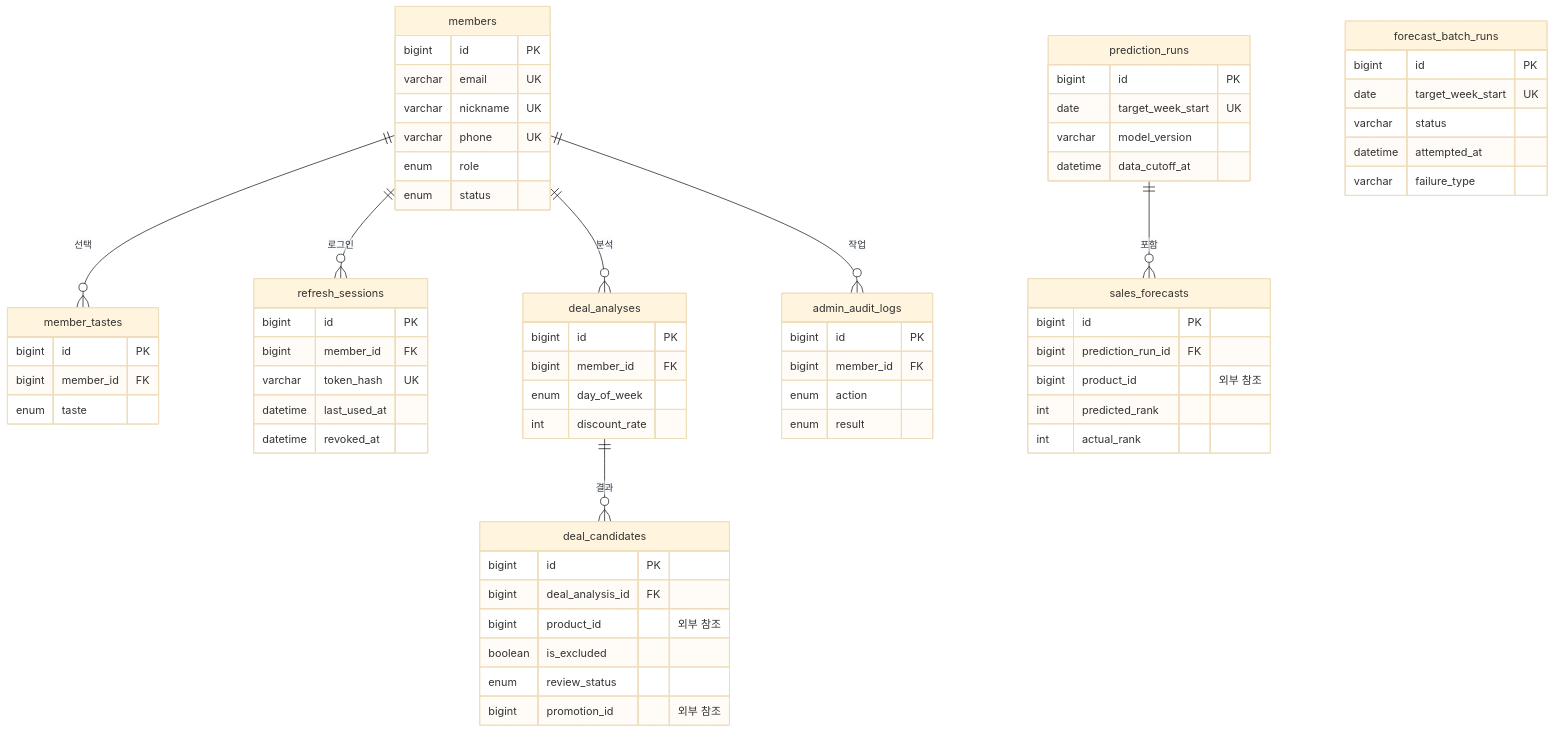
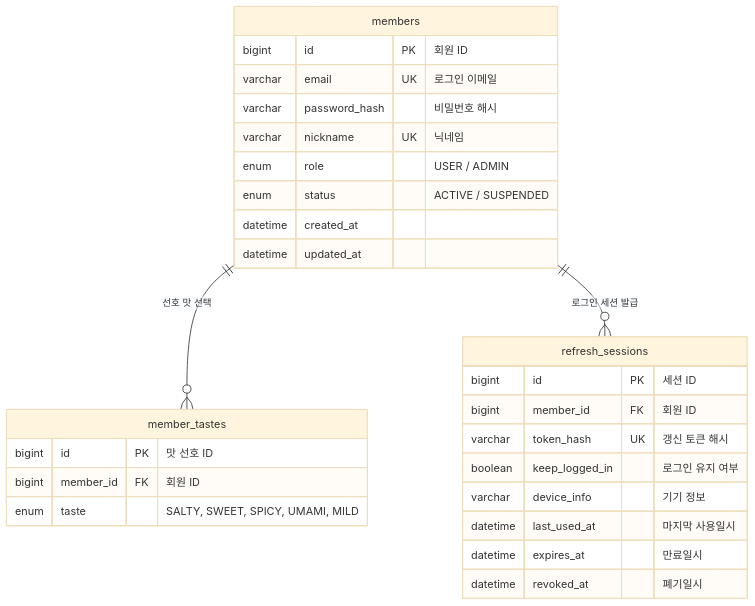
Before and after one commit to sparta-final-4/take-care-of-my-fridge: the second of 10 diagrams in docs/database/erd.md, drawn with Mermaid (base theme). The commit also changed other lines of this file and 24 other files, not shown here.

````diff
--- a/docs/database/erd.md
+++ b/docs/database/erd.md
@@ -9,70 +66,33 @@
 ```mermaid
 erDiagram
-    members ||--o{ member_tastes : "선택"
-    members ||--o{ refresh_sessions : "로그인"
-    members ||--o{ deal_analyses : "분석"
-    members ||--o{ admin_audit_logs : "작업"
-    prediction_runs ||--o{ sales_forecasts : "포함"
-    deal_analyses ||--o{ deal_candidates : "결과"
+    members ||--o{ member_tastes : "선호 맛 선택"
+    members ||--o{ refresh_sessions : "로그인 세션 발급"
 
     members {
-        bigint id PK
-        varchar email UK
-        varchar nickname UK
-        varchar phone UK
-        enum role
-        enum status
+        bigint id PK "회원 ID"
+        varchar email UK "로그인 이메일"
+        varchar password_hash "비밀번호 해시"
+        varchar nickname UK "닉네임"
+        enum role "USER / ADMIN"
+        enum status "ACTIVE / SUSPENDED"
+        datetime created_at
+        datetime updated_at
     }
+
     member_tastes {
-        bigint id PK
-        bigint member_id FK
-        enum taste
+        bigint id PK "맛 선호 ID"
+        bigint member_id FK "회원 ID"
+        enum taste "SALTY, SWEET, SPICY, UMAMI, MILD"
     }
+
     refresh_sessions {
-        bigint id PK
-        bigint member_id FK
-        varchar token_hash UK
-        datetime last_used_at
-        datetime revoked_at
-    }
-    prediction_runs {
-        bigint id PK
-        date target_week_start UK
-        varchar model_version
-        datetime data_cutoff_at
-    }
-    forecast_batch_runs {
-        bigint id PK
-        date target_week_start UK
-        varchar status
-        datetime attempted_at
-        varchar failure_type
-    }
-    sales_forecasts {
-        bigint id PK
-        bigint prediction_run_id FK
-        bigint product_id "외부 참조"
-        int predicted_rank
-        int actual_rank
-    }
-    deal_analyses {
-        bigint id PK
-        bigint member_id FK
-        enum day_of_week
-        int discount_rate
-    }
-    deal_candidates {
-        bigint id PK
-        bigint deal_analysis_id FK
-        bigint product_id "외부 참조"
-        boolean is_excluded
-        enum review_status
-        bigint promotion_id "외부 참조"
-    }
-    admin_audit_logs {
-        bigint id PK
-        bigint member_id FK
-        enum action
-        enum result
+        bigint id PK "세션 ID"
+        bigint member_id FK "회원 ID"
+        varchar token_hash UK "갱신 토큰 해시"
+        boolean keep_logged_in "로그인 유지 여부"
+        varchar device_info "기기 정보"
+        datetime last_used_at "마지막 사용일시"
+        datetime expires_at "만료일시"
+        datetime revoked_at "폐기일시"
     }
 ```
````
